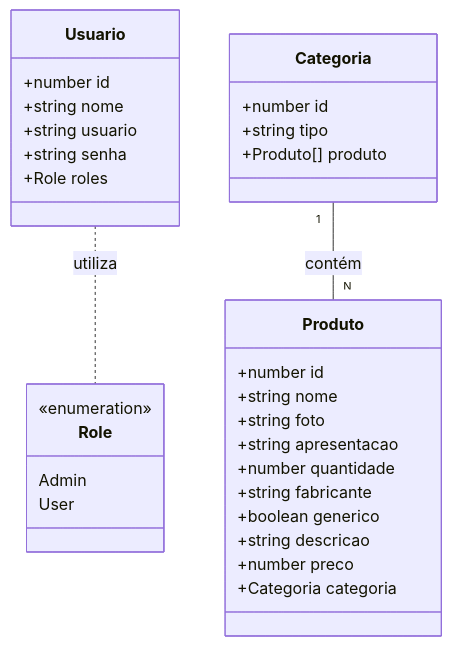
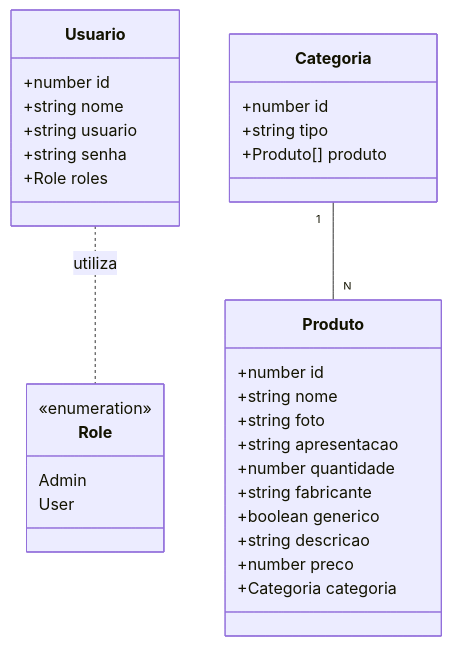
The first of 2 diagrams in README.md (dashenio/projeto_final_bloco_02), drawn with Mermaid before and after one commit. The commit also changed other lines of this file, not shown here.

````diff
--- a/README.md
+++ b/README.md
@@ -34,38 +35,38 @@
 ```mermaid
 classDiagram
     class Role {
         <<enumeration>>
         Admin
         User
     }
 
     class Usuario {
         +number id
         +string nome
         +string usuario
         +string senha
         +Role roles
     }
 
     class Categoria {
         +number id
         +string tipo
         +Produto[] produto
     }
 
     class Produto {
         +number id
         +string nome
         +string foto
         +string apresentacao
         +number quantidade
         +string fabricante
         +boolean generico
         +string descricao
         +number preco
         +Categoria categoria
     }
 
-    Categoria "1" -- "N" Produto : contém
+    Categoria "1" -- "N" Produto
     Usuario .. Role : utiliza
 ```
````
